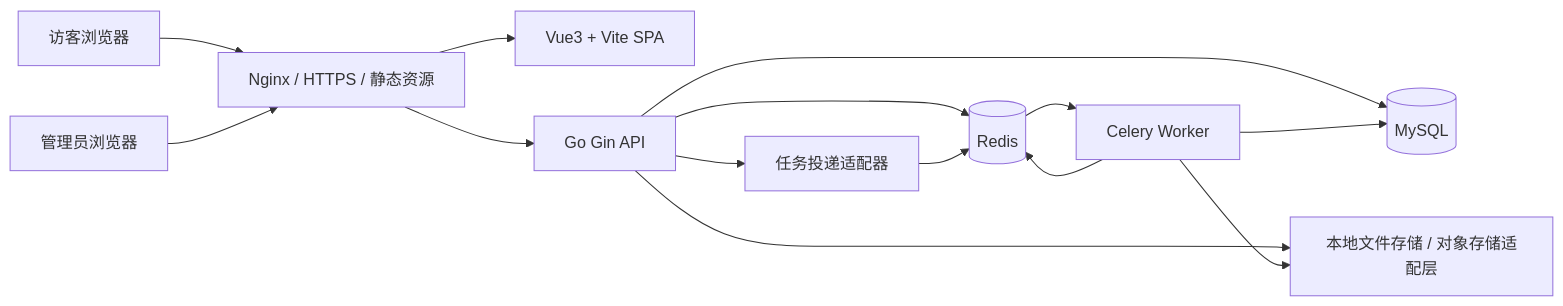
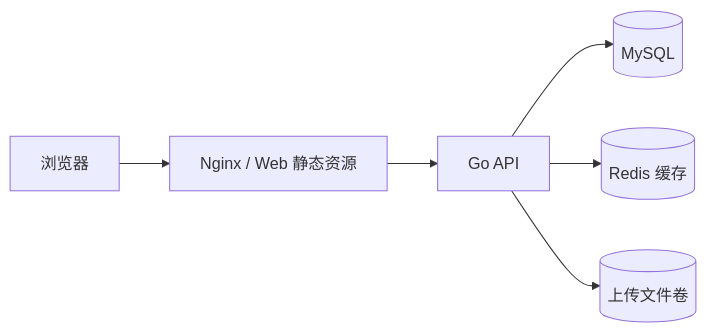
Before and after one commit to SolitudeKing/blog: the diagram in docs/01-new-blog-architecture.md, drawn with Mermaid. The commit also changed other lines of this file and 40 other files, not shown here.

````diff
--- a/docs/01-new-blog-architecture.md
+++ b/docs/01-new-blog-architecture.md
@@ -24,16 +15,8 @@
 ```mermaid
 flowchart LR
-  User[访客浏览器] --> Nginx[Nginx / HTTPS / 静态资源]
-  Admin[管理员浏览器] --> Nginx
-  Nginx --> Web[Vue3 + Vite SPA]
-  Nginx --> API[Go Gin API]
+  Browser[浏览器] --> Nginx[Nginx / Web 静态资源]
+  Nginx --> API[Go API]
   API --> MySQL[(MySQL)]
-  API --> Redis[(Redis)]
-  API --> Storage[本地文件存储 / 对象存储适配层]
-  API --> TaskGateway[任务投递适配器]
-  TaskGateway --> Redis
-  Redis --> Celery[Celery Worker]
-  Celery --> MySQL
-  Celery --> Redis
-  Celery --> Storage
+  API --> Redis[(Redis 缓存)]
+  API --> Storage[(上传文件卷)]
 ```
````
